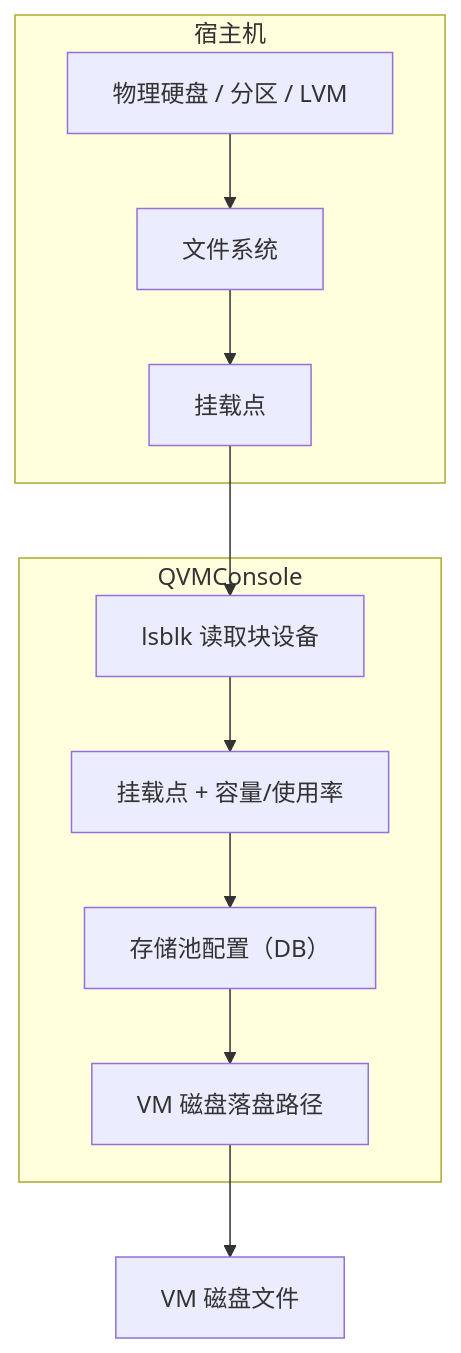
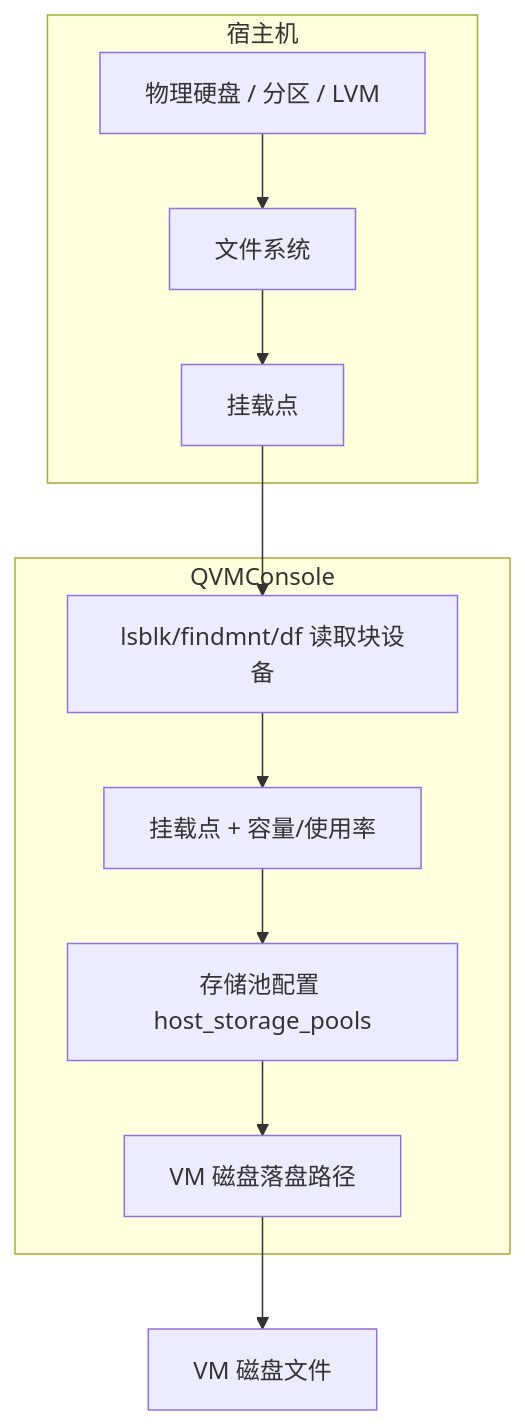
Before and after one commit to QVMConsole/docs: the second of 3 diagrams in docs/storage-pool/storage-pool-management.mdx, drawn with Mermaid. The commit also changed other lines of this file and 37 other files, not shown here.

````diff
--- a/docs/storage-pool/storage-pool-management.mdx
+++ b/docs/storage-pool/storage-pool-management.mdx
@@ -154,16 +168,16 @@
 ```mermaid
 graph TB
     subgraph 宿主机
         A[物理硬盘 / 分区 / LVM] --> B[文件系统]
         B --> C[挂载点]
     end
 
     subgraph QVMConsole
-        D[lsblk 读取块设备] --> E[挂载点 + 容量/使用率]
-        E --> F[存储池配置（DB）]
+        D[lsblk/findmnt/df 读取块设备] --> E[挂载点 + 容量/使用率]
+        E --> F[存储池配置 host_storage_pools]
         F --> G[VM 磁盘落盘路径]
     end
 
     C --> D
     G --> H[VM 磁盘文件]
 ```
````
